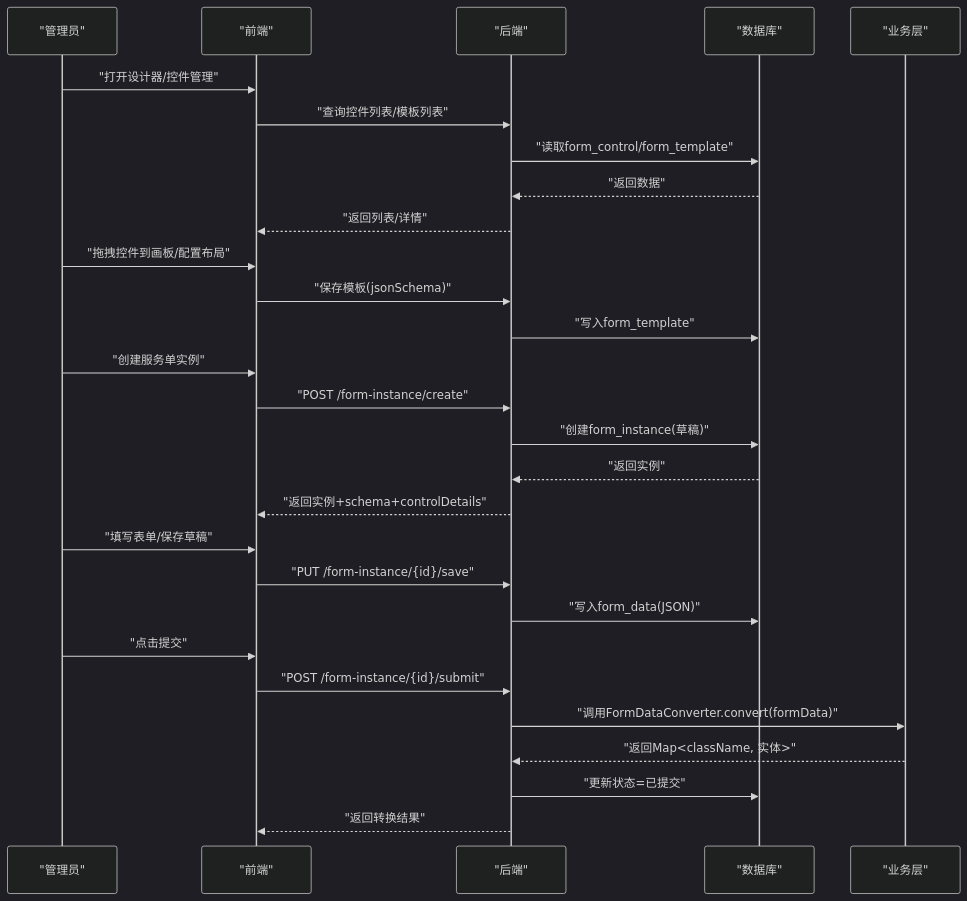
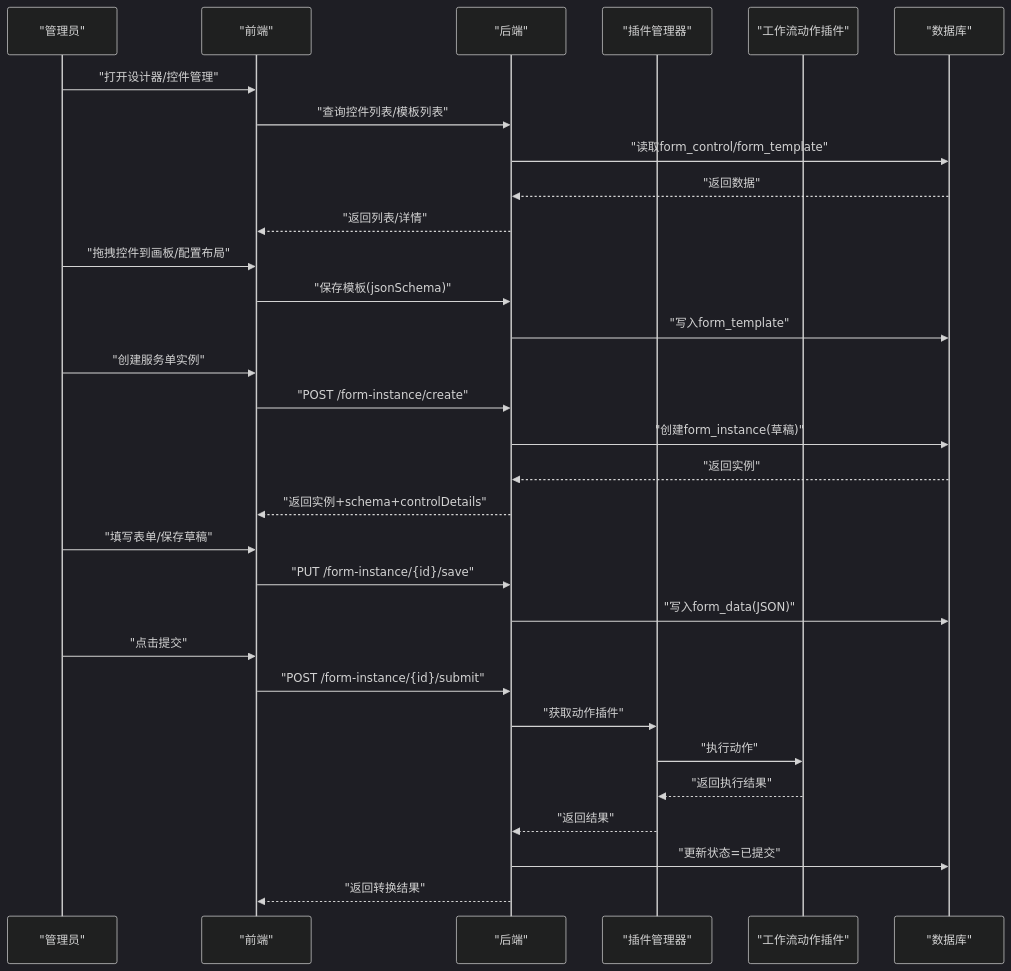
Before and after one commit to NJMrLi/genetics: the second of 7 diagrams in .qoder/repowiki/zh/content/扩展开发/扩展开发.md, drawn with Mermaid (dark theme). The commit also changed other lines of this file and 19 other files, not shown here.

````diff
--- a/.qoder/repowiki/zh/content/扩展开发/扩展开发.md
+++ b/.qoder/repowiki/zh/content/扩展开发/扩展开发.md
@@ -81,30 +119,33 @@
 ```mermaid
 sequenceDiagram
 participant Admin as "管理员"
 participant FE as "前端"
 participant BE as "后端"
+participant PluginMgr as "插件管理器"
+participant ActionPlugin as "工作流动作插件"
 participant DB as "数据库"
-participant Biz as "业务层"
 Admin->>FE : "打开设计器/控件管理"
 FE->>BE : "查询控件列表/模板列表"
 BE->>DB : "读取form_control/form_template"
 DB-->>BE : "返回数据"
 BE-->>FE : "返回列表/详情"
 Admin->>FE : "拖拽控件到画板/配置布局"
 FE->>BE : "保存模板(jsonSchema)"
 BE->>DB : "写入form_template"
 Admin->>FE : "创建服务单实例"
 FE->>BE : "POST /form-instance/create"
 BE->>DB : "创建form_instance(草稿)"
 DB-->>BE : "返回实例"
 BE-->>FE : "返回实例+schema+controlDetails"
 Admin->>FE : "填写表单/保存草稿"
 FE->>BE : "PUT /form-instance/{id}/save"
 BE->>DB : "写入form_data(JSON)"
 Admin->>FE : "点击提交"
 FE->>BE : "POST /form-instance/{id}/submit"
-BE->>Biz : "调用FormDataConverter.convert(formData)"
-Biz-->>BE : "返回Map<className, 实体>"
+BE->>PluginMgr : "获取动作插件"
+PluginMgr->>ActionPlugin : "执行动作"
+ActionPlugin-->>PluginMgr : "返回执行结果"
+PluginMgr-->>BE : "返回结果"
 BE->>DB : "更新状态=已提交"
 BE-->>FE : "返回转换结果"
 ```
````
